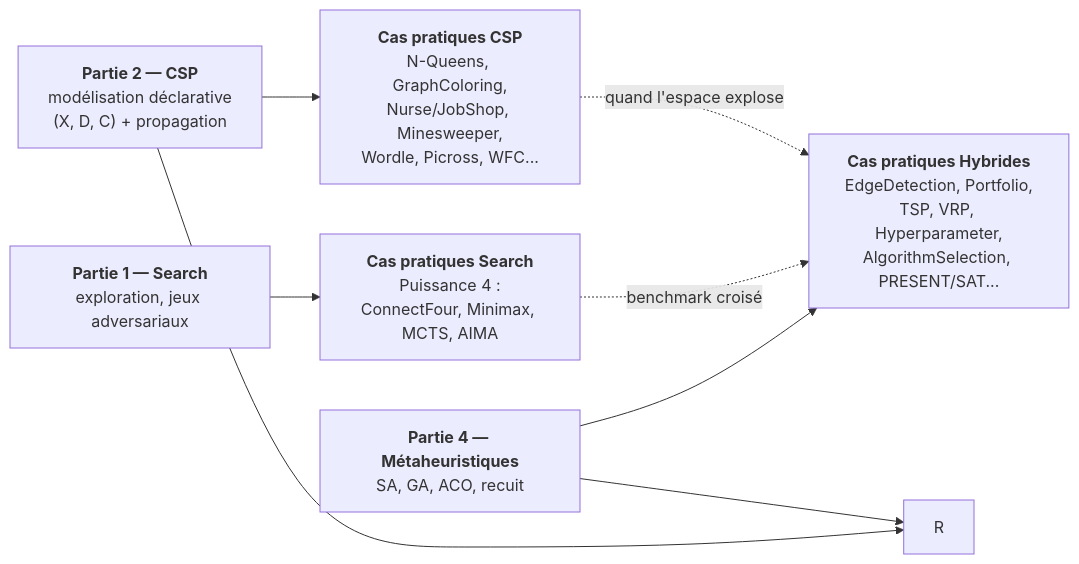
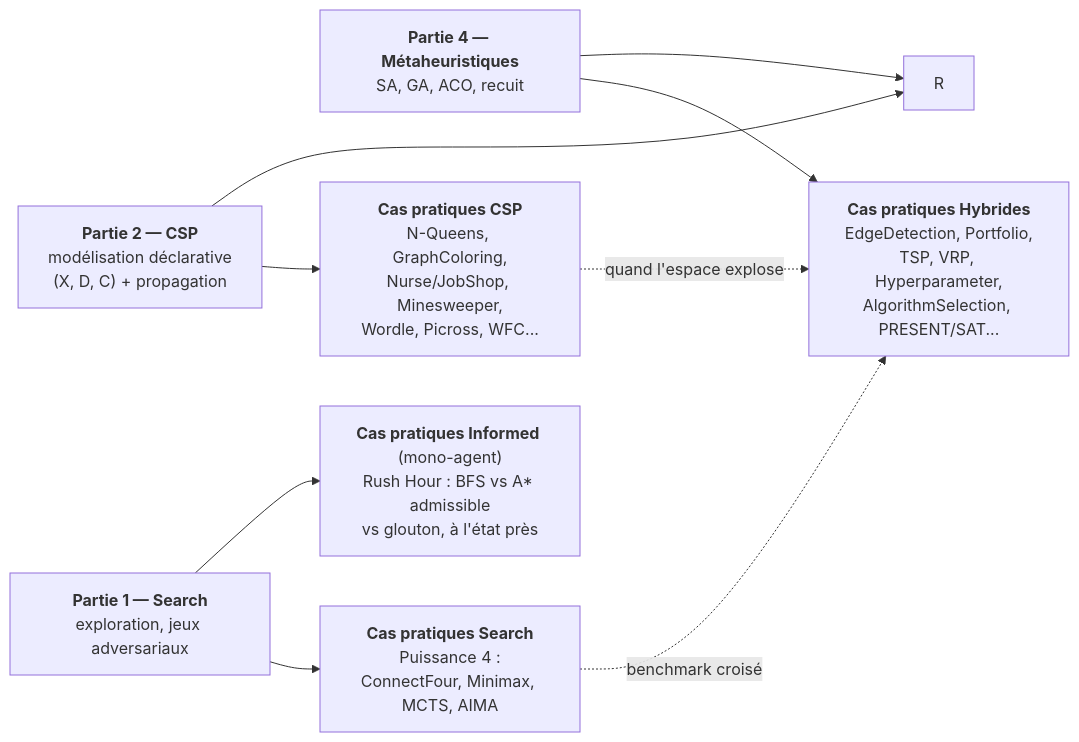
One commit to jsboige/CoursIA changed the diagram in MyIA.AI.Notebooks/Search/Part3-Cas-pratiques/README.md. Above: the diagram before and after it, drawn with Mermaid. The commit also changed other lines of this file and 3 other files, not shown here.

First line of the commit message:
feat(search): App-33 Rush Hour — A* admissible from-scratch (BFS/A*/glouton) (#22027)

````diff
--- a/MyIA.AI.Notebooks/Search/Part3-Cas-pratiques/README.md
+++ b/MyIA.AI.Notebooks/Search/Part3-Cas-pratiques/README.md
@@ -40,16 +40,18 @@
 ```mermaid
 flowchart LR
     P1["<b>Partie 1 — Search</b><br/>exploration, jeux adversariaux"]
     P2["<b>Partie 2 — CSP</b><br/>modélisation déclarative<br/>(X, D, C) + propagation"]
     P4["<b>Partie 4 — Métaheuristiques</b><br/>SA, GA, ACO, recuit"]
     S["<b>Cas pratiques Search</b><br/>Puissance 4 :<br/>ConnectFour, Minimax, MCTS, AIMA"]
     C["<b>Cas pratiques CSP</b><br/>N-Queens, GraphColoring,<br/>Nurse/JobShop, Minesweeper,<br/>Wordle, Picross, WFC..."]
     H["<b>Cas pratiques Hybrides</b><br/>EdgeDetection, Portfolio,<br/>TSP, VRP, Hyperparameter,<br/>AlgorithmSelection, PRESENT/SAT..."]
+    I["<b>Cas pratiques Informed</b> (mono-agent)<br/>Rush Hour : BFS vs A* admissible<br/>vs glouton, à l'état près"]
     P1 --> S
+    P1 --> I
     P2 --> C
     P4 --> H
     P2 --> R
     P4 --> R
     S -.->|"benchmark croisé"| H
     C -.->|"quand l'espace explose"| H
 ```
````
